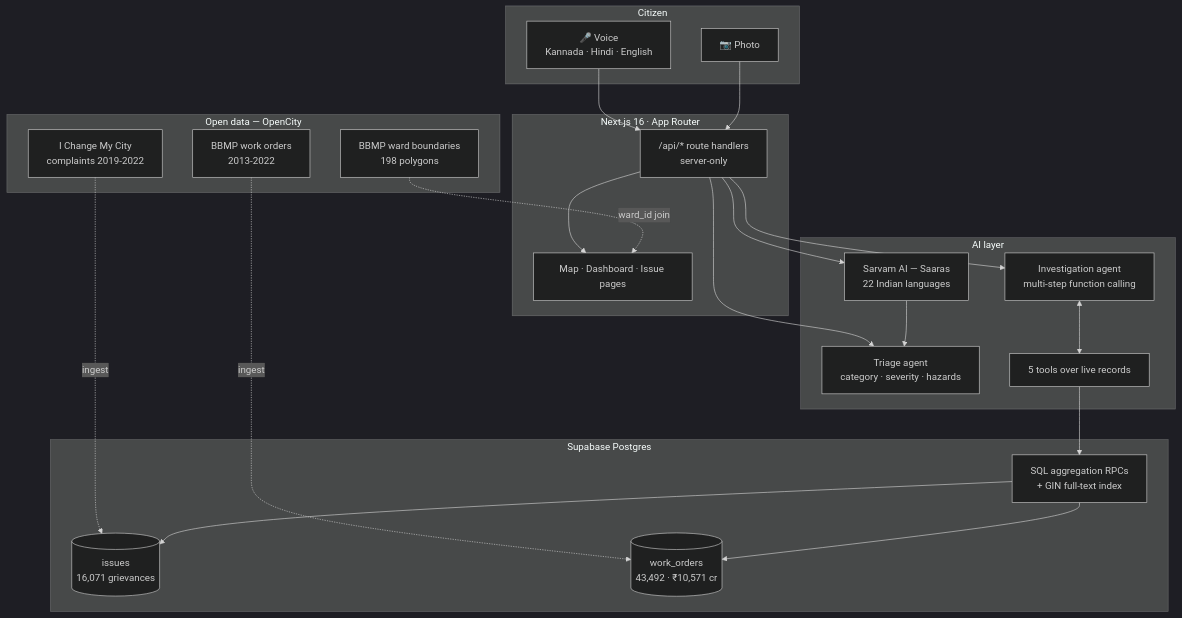
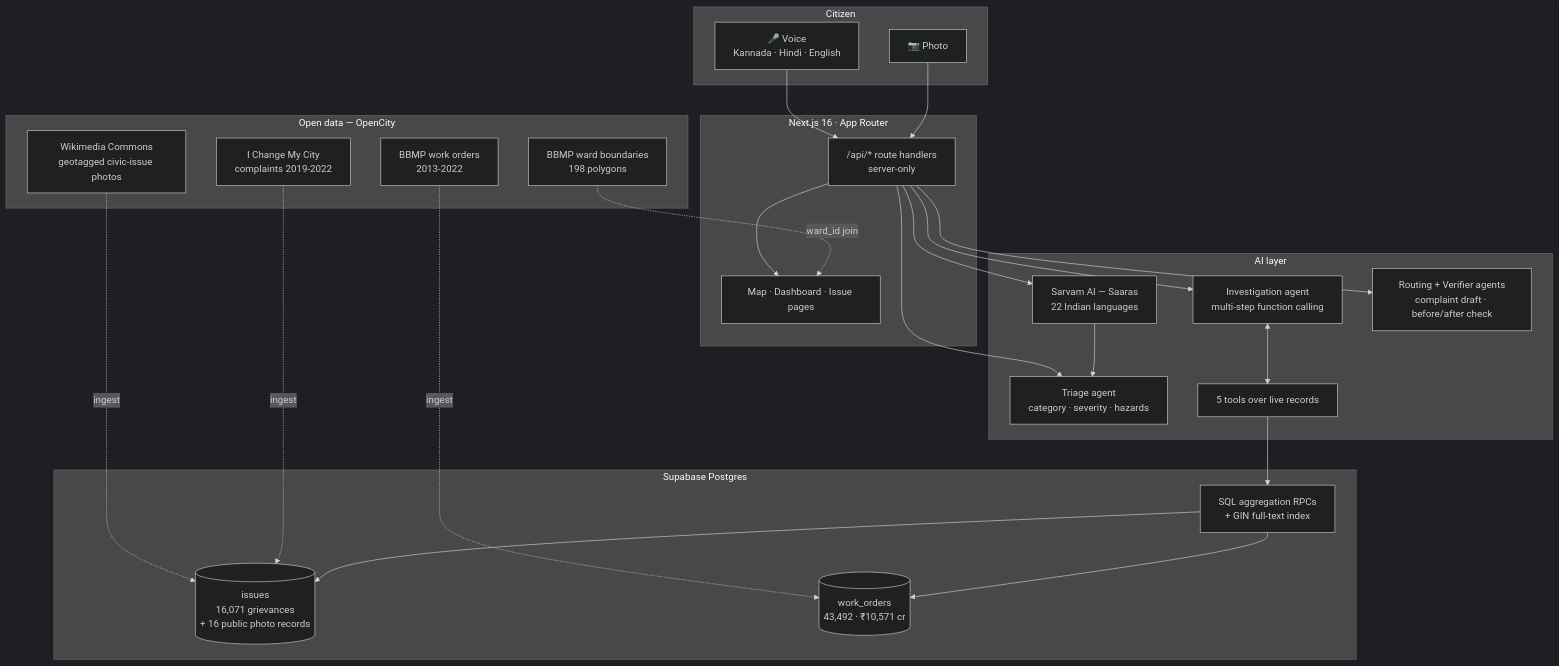
Before and after one commit to DevVaradPatil/civicpulse-forge: the diagram in README.md, drawn with Mermaid (dark theme). The commit also changed other lines of this file and 1 other file, not shown here.

First line of the commit message:
Refresh README for the submission: live link, flow, photo records, setup

````diff
--- a/README.md
+++ b/README.md
@@ -38,45 +57,49 @@
 ```mermaid
 flowchart TB
     subgraph Citizen["Citizen"]
         PHOTO["📷 Photo"]
         VOICE["🎤 Voice<br/>Kannada · Hindi · English"]
     end
 
     subgraph App["Next.js 16 · App Router"]
         API["/api/* route handlers<br/>server-only"]
         UI["Map · Dashboard · Issue pages"]
     end
 
     subgraph AI["AI layer"]
         SARVAM["Sarvam AI — Saaras<br/>22 Indian languages"]
         TRIAGE["Triage agent<br/>category · severity · hazards"]
         INVEST["Investigation agent<br/>multi-step function calling"]
         TOOLS["5 tools over live records"]
+        ROUTEV["Routing + Verifier agents<br/>complaint draft · before/after check"]
     end
 
     subgraph Data["Supabase Postgres"]
-        ISSUES[("issues<br/>16,071 grievances")]
+        ISSUES[("issues<br/>16,071 grievances<br/>+ 16 public photo records")]
         ORDERS[("work_orders<br/>43,492 · ₹10,571 cr")]
         RPC["SQL aggregation RPCs<br/>+ GIN full-text index"]
     end
 
     subgraph Sources["Open data — OpenCity"]
         ICMYC["I Change My City<br/>complaints 2019-2022"]
         BBMPWO["BBMP work orders<br/>2013-2022"]
         WARDS["BBMP ward boundaries<br/>198 polygons"]
+        COMMONS["Wikimedia Commons<br/>geotagged civic-issue photos"]
     end
 
     PHOTO --> API
     VOICE --> API
     API --> SARVAM --> TRIAGE
     API --> TRIAGE
     API --> INVEST
+    API --> ROUTEV
     INVEST <--> TOOLS
     TOOLS --> RPC
     RPC --> ISSUES
     RPC --> ORDERS
     ICMYC -.ingest.-> ISSUES
     BBMPWO -.ingest.-> ORDERS
+    COMMONS -.ingest.-> ISSUES
     WARDS -.->|ward_id join| UI
     API --> UI
 ```
````
